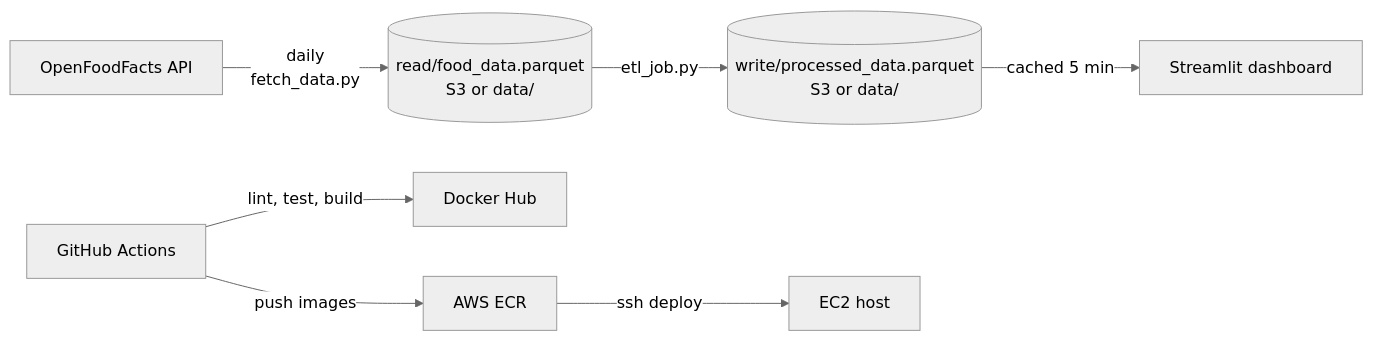
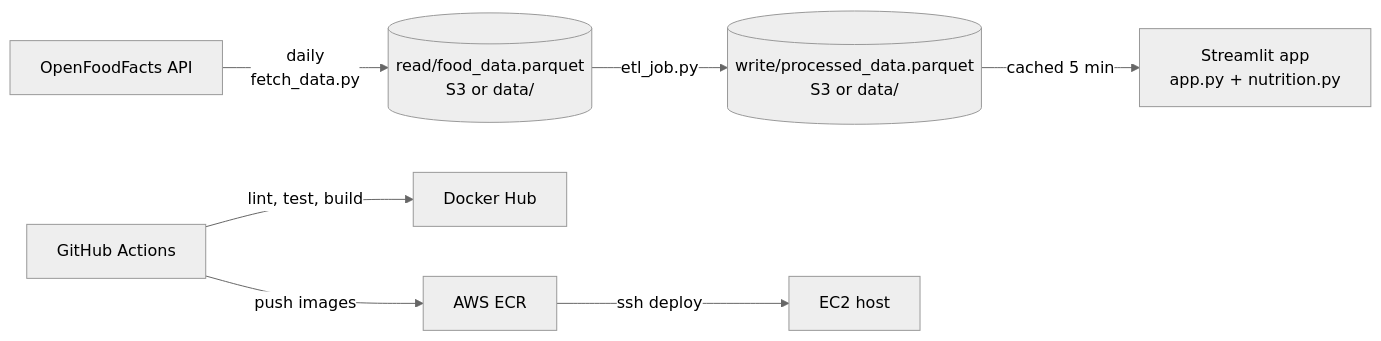
The diagram in README.md (Gunar-Oguz/food_calories), drawn with Mermaid (neutral theme) before and after one commit. The commit also changed other lines of this file and 14 other files, not shown here.

First line of the commit message:
Turn the dashboard into a nutrition app: plate, daily needs, burn-off, swaps, compare, explore

````diff
--- a/README.md
+++ b/README.md
@@ -27,9 +58,9 @@
 ```mermaid
 flowchart LR
     API[OpenFoodFacts API] -->|daily<br/>fetch_data.py| RAW[(read/food_data.parquet<br/>S3 or data/)]
     RAW -->|etl_job.py| PROC[(write/processed_data.parquet<br/>S3 or data/)]
-    PROC -->|cached 5 min| APP[Streamlit dashboard]
+    PROC -->|cached 5 min| APP[Streamlit app<br/>app.py + nutrition.py]
     GH[GitHub Actions] -->|lint, test, build| HUB[Docker Hub]
     GH -->|push images| ECR[AWS ECR]
     ECR -->|ssh deploy| EC2[EC2 host]
 ```
````
